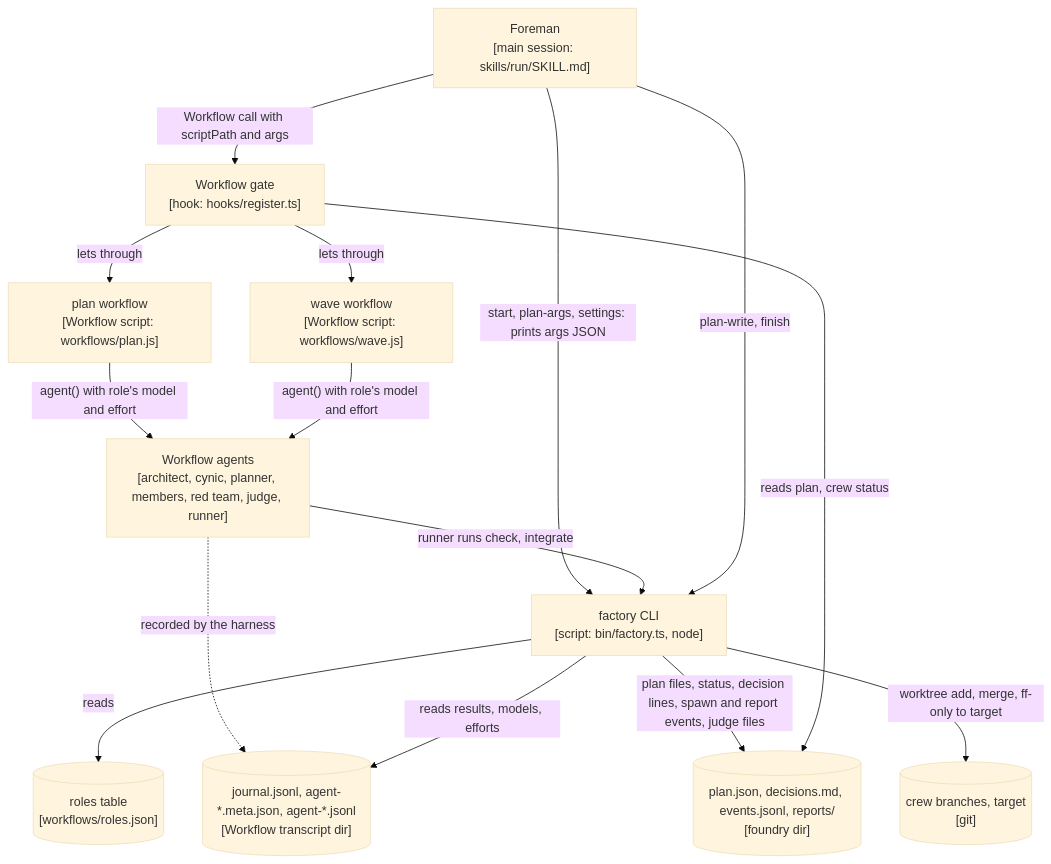
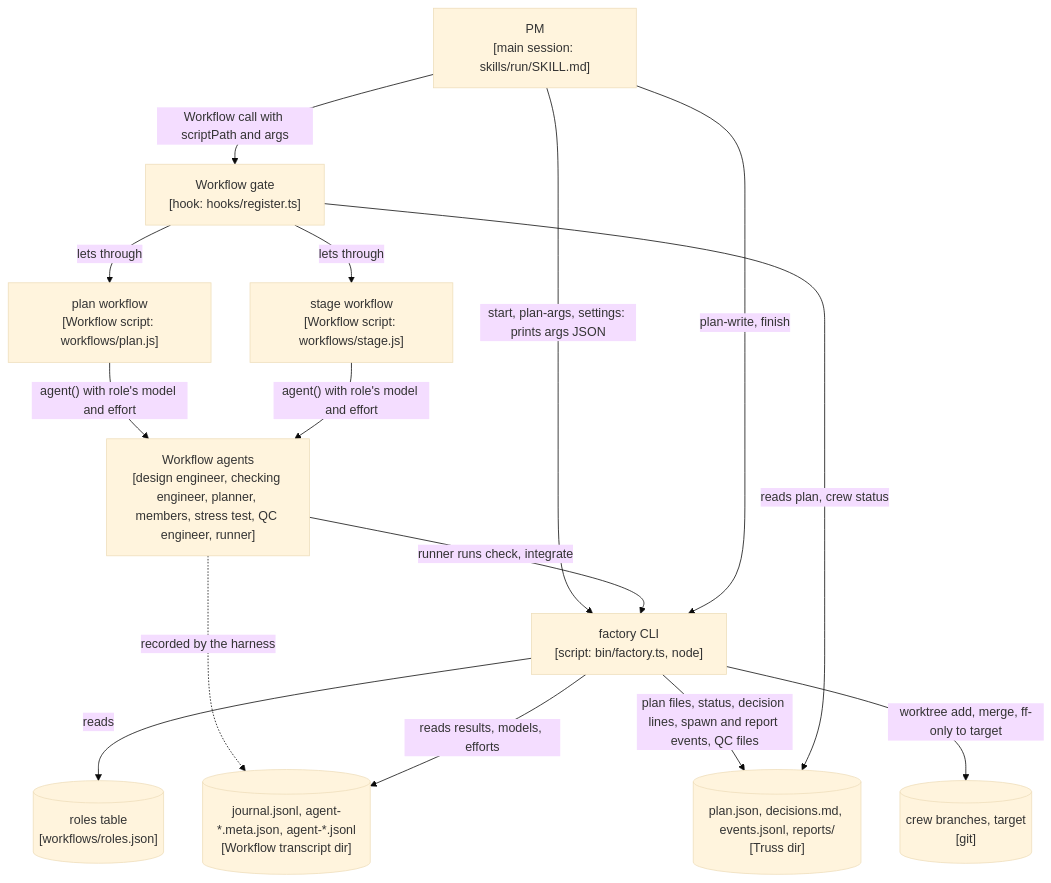
One commit to AbhiramDwivedi/truss changed the first of 2 diagrams in docs/adr/0009-workflow-factory.md. Above: the diagram before and after it, drawn with Mermaid (base theme). The commit also changed other lines of this file and 61 other files, not shown here.

First line of the commit message:
refactor!: rename foundry to Truss (code, prompts, docs)

````diff
--- a/docs/adr/0009-workflow-factory.md
+++ b/docs/adr/0009-workflow-factory.md
@@ -86,28 +86,28 @@
 ```mermaid
 flowchart TB
-  fore["Foreman<br/>[main session: skills/run/SKILL.md]"]
+  fore["PM<br/>[main session: skills/run/SKILL.md]"]
   cli["factory CLI<br/>[script: bin/factory.ts, node]"]
   planwf["plan workflow<br/>[Workflow script: workflows/plan.js]"]
-  wavewf["wave workflow<br/>[Workflow script: workflows/wave.js]"]
+  stagewf["stage workflow<br/>[Workflow script: workflows/stage.js]"]
   roles[("roles table<br/>[workflows/roles.json]")]
   hook["Workflow gate<br/>[hook: hooks/register.ts]"]
-  agents["Workflow agents<br/>[architect, cynic, planner, members, red team, judge, runner]"]
+  agents["Workflow agents<br/>[design engineer, checking engineer, planner, members, stress test, QC engineer, runner]"]
   wfrec[("journal.jsonl, agent-*.meta.json, agent-*.jsonl<br/>[Workflow transcript dir]")]
-  fdir[("plan.json, decisions.md, events.jsonl, reports/<br/>[foundry dir]")]
+  fdir[("plan.json, decisions.md, events.jsonl, reports/<br/>[Truss dir]")]
   git[("crew branches, target<br/>[git]")]
 
   fore -->|"start, plan-args, settings: prints args JSON"| cli
   cli -->|"reads"| roles
   fore -->|"Workflow call with scriptPath and args"| hook
   hook -->|"lets through"| planwf
-  hook -->|"lets through"| wavewf
+  hook -->|"lets through"| stagewf
   planwf -->|"agent() with role's model and effort"| agents
-  wavewf -->|"agent() with role's model and effort"| agents
+  stagewf -->|"agent() with role's model and effort"| agents
   agents -->|"runner runs check, integrate"| cli
   agents -.->|"recorded by the harness"| wfrec
   fore -->|"plan-write, finish"| cli
   cli -->|"reads results, models, efforts"| wfrec
-  cli -->|"plan files, status, decision lines, spawn and report events, judge files"| fdir
+  cli -->|"plan files, status, decision lines, spawn and report events, QC files"| fdir
   cli -->|"worktree add, merge, ff-only to target"| git
   hook -->|"reads plan, crew status"| fdir
 ```
````
